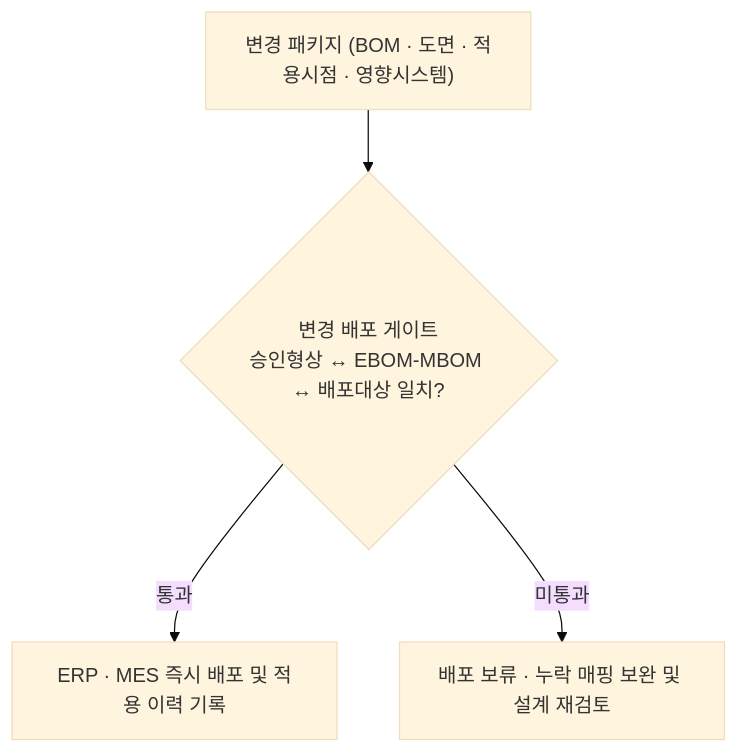
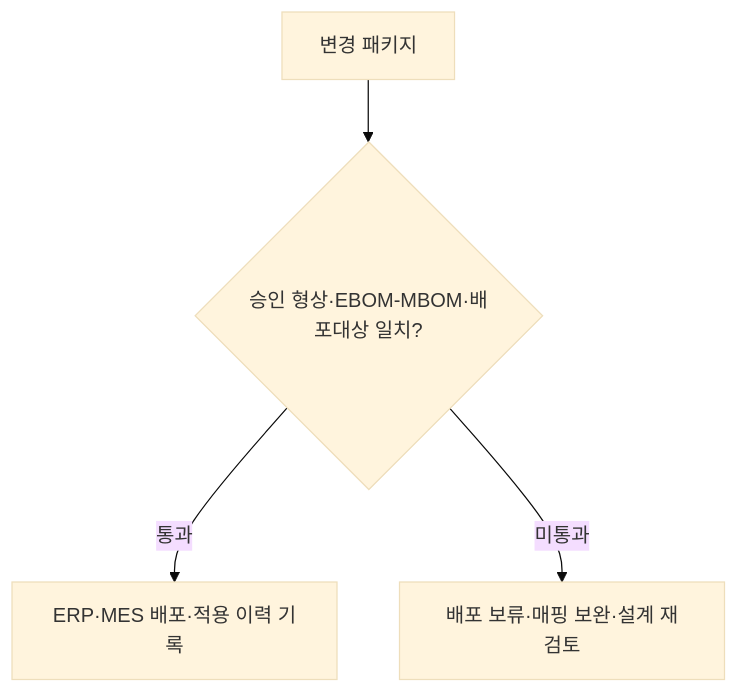
Before and after one commit to agnusdei1207/study: the third of 4 diagrams in src/content/docs/notes/itpe/01-it-strategy/071_plm.md, drawn with Mermaid (base theme). The commit also changed other lines of this file and 19 other files, not shown here.

````diff
--- a/src/content/docs/notes/itpe/01-it-strategy/071_plm.md
+++ b/src/content/docs/notes/itpe/01-it-strategy/071_plm.md
@@ -115,6 +110,6 @@
 ```mermaid
 flowchart TD
-    G1["변경 패키지 (BOM · 도면 · 적용시점 · 영향시스템)"] --> G2{"변경 배포 게이트<br/>승인형상 ↔ EBOM-MBOM ↔ 배포대상 일치?"}
-    G2 -->|통과| G3["ERP · MES 즉시 배포 및 적용 이력 기록"]
-    G2 -->|미통과| G4["배포 보류 · 누락 매핑 보완 및 설계 재검토"]
+    G1["변경 패키지"] --> G2{"승인 형상·EBOM-MBOM·배포대상 일치?"}
+    G2 -->|통과| G3["ERP·MES 배포·적용 이력 기록"]
+    G2 -->|미통과| G4["배포 보류·매핑 보완·설계 재검토"]
 ```
````
